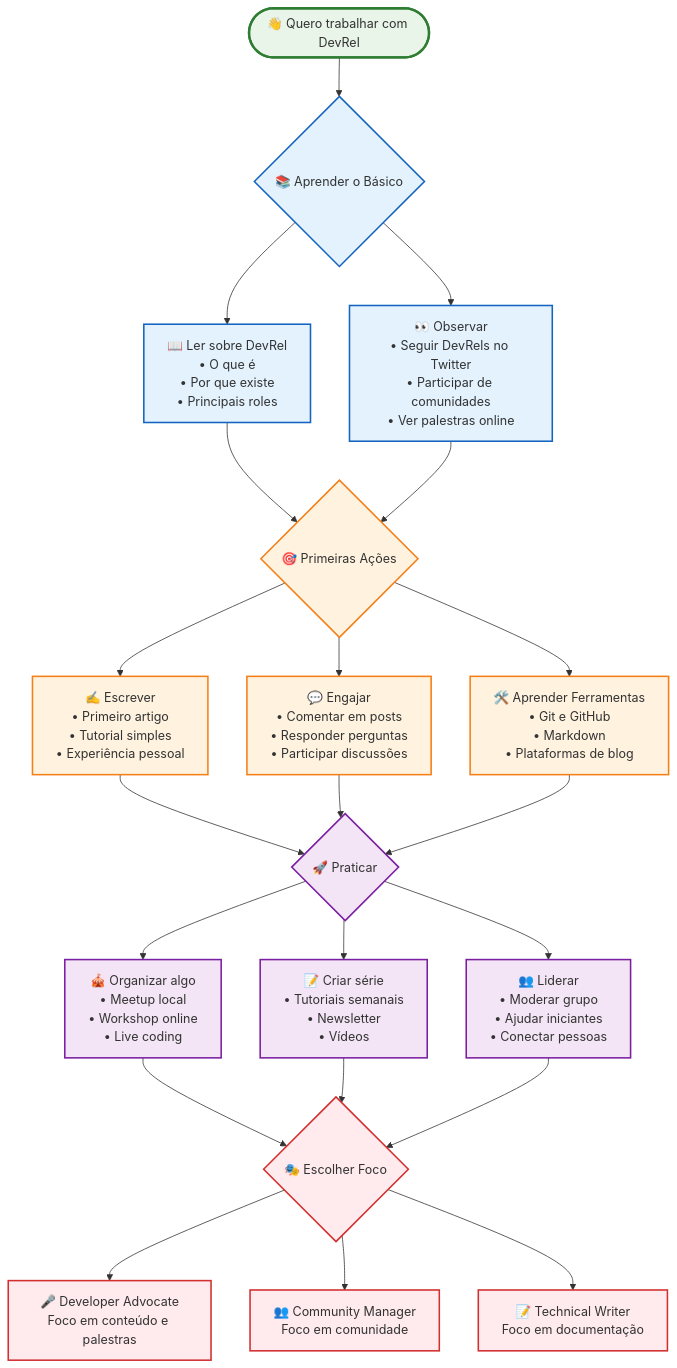
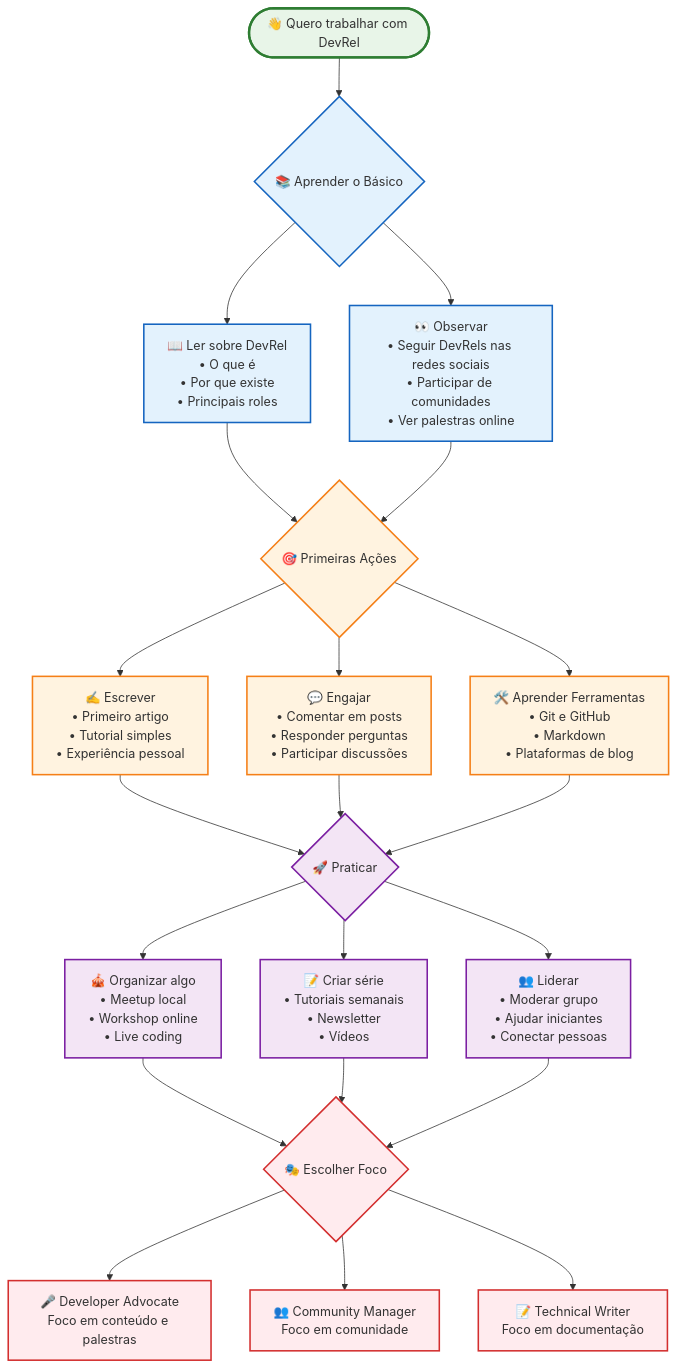
One commit to Abacate-DevRel/roadmap-devrel changed the fifth of 5 diagrams in roadmaps-visuais/roadmap-visual.md. Above: the diagram before and after it, drawn with Mermaid.

Commit message:
Update wording in roadmap visual to clarify social media engagement

````diff
--- a/roadmaps-visuais/roadmap-visual.md
+++ b/roadmaps-visuais/roadmap-visual.md
@@ -248,42 +248,42 @@
 ```mermaid
 flowchart TD
     Start([👋 Quero trabalhar com DevRel]) --> Learn{📚 Aprender o Básico}
     
     Learn --> Read[📖 Ler sobre DevRel<br/>• O que é<br/>• Por que existe<br/>• Principais roles]
-    Learn --> Watch[👀 Observar<br/>• Seguir DevRels no Twitter<br/>• Participar de comunidades<br/>• Ver palestras online]
+    Learn --> Watch[👀 Observar<br/>• Seguir DevRels nas redes sociais<br/>• Participar de comunidades<br/>• Ver palestras online]
     
     Read --> FirstActions{🎯 Primeiras Ações}
     Watch --> FirstActions
     
     FirstActions --> Write[✍️ Escrever<br/>• Primeiro artigo<br/>• Tutorial simples<br/>• Experiência pessoal]
     FirstActions --> Engage[💬 Engajar<br/>• Comentar em posts<br/>• Responder perguntas<br/>• Participar discussões]
     FirstActions --> Learn2[🛠️ Aprender Ferramentas<br/>• Git e GitHub<br/>• Markdown<br/>• Plataformas de blog]
     
     Write --> Practice{🚀 Praticar}
     Engage --> Practice
     Learn2 --> Practice
     
     Practice --> Event[🎪 Organizar algo<br/>• Meetup local<br/>• Workshop online<br/>• Live coding]
     Practice --> Content[📝 Criar série<br/>• Tutoriais semanais<br/>• Newsletter<br/>• Vídeos]
     Practice --> Community[👥 Liderar<br/>• Moderar grupo<br/>• Ajudar iniciantes<br/>• Conectar pessoas]
     
     Event --> Choose{🎭 Escolher Foco}
     Content --> Choose
     Community --> Choose
     
     Choose --> Advocate[🎤 Developer Advocate<br/>Foco em conteúdo e palestras]
     Choose --> Manager[👥 Community Manager<br/>Foco em comunidade]
     Choose --> Writer[📝 Technical Writer<br/>Foco em documentação]
     
     classDef startClass fill:#e8f5e8,stroke:#2e7d32,stroke-width:3px
     classDef learnClass fill:#e3f2fd,stroke:#1565c0,stroke-width:2px
     classDef actionClass fill:#fff3e0,stroke:#f57f17,stroke-width:2px
     classDef practiceClass fill:#f3e5f5,stroke:#7b1fa2,stroke-width:2px
     classDef roleClass fill:#ffebee,stroke:#d32f2f,stroke-width:2px
     
     class Start startClass
     class Learn,Read,Watch learnClass
     class FirstActions,Write,Engage,Learn2 actionClass
     class Practice,Event,Content,Community practiceClass
     class Choose,Advocate,Manager,Writer roleClass
 ```
````
